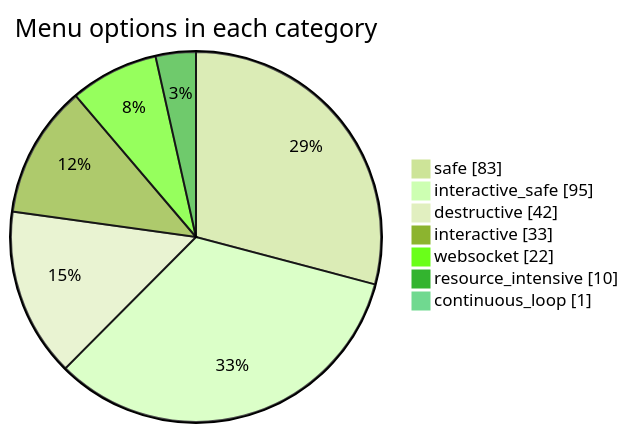
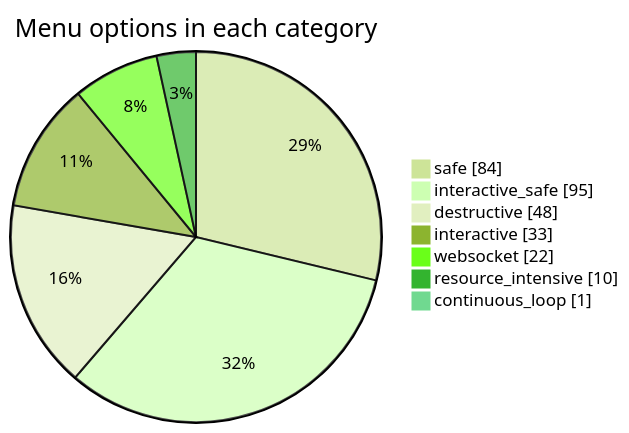
Before and after one commit to jmorrison-juniper/MistHelper: the third of 3 diagrams in documentation/menu-api/README.md, drawn with Mermaid (forest theme). The commit also changed other lines of this file and 23 other files, not shown here.

````diff
--- a/documentation/menu-api/README.md
+++ b/documentation/menu-api/README.md
@@ -61,11 +61,11 @@
 ```mermaid
 pie showData
     title Menu options in each category
-    "safe" : 83
+    "safe" : 84
     "interactive_safe" : 95
-    "destructive" : 42
+    "destructive" : 48
     "interactive" : 33
     "websocket" : 22
     "resource_intensive" : 10
     "continuous_loop" : 1
 ```
````
